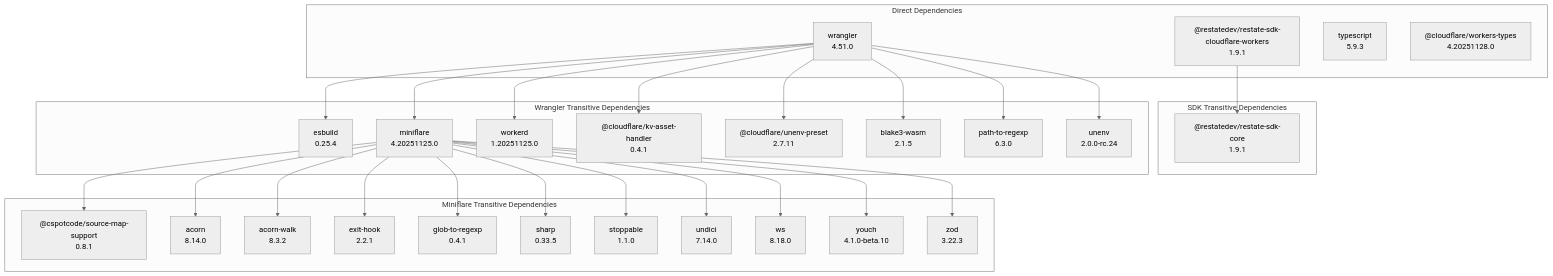
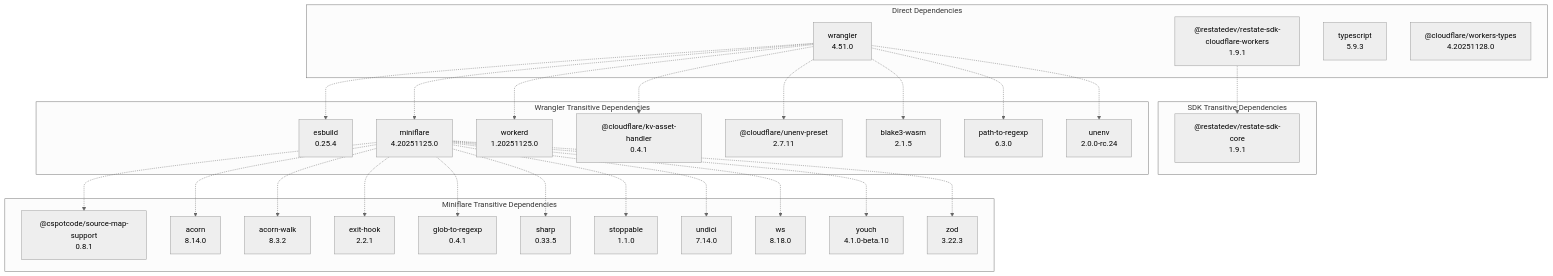
One commit to philipz/restate-cloudflare-workers-poc changed the second of 4 diagrams in docs/deepwiki/Dependencies.md. Above: the diagram before and after it, drawn with Mermaid (neutral theme). The commit also changed other lines of this file and 27 other files, not shown here.

```diff
--- a/docs/deepwiki/Dependencies.md
+++ b/docs/deepwiki/Dependencies.md
@@ -261,26 +261,26 @@
 Youch["youch<br>4.1.0-beta.10"]
 Zod["zod<br>3.22.3"]
 
-SDK --> CoreSDK
-Wrangler --> Esbuild
-Wrangler --> Miniflare
-Wrangler --> Workerd
-Wrangler --> KVHandler
-Wrangler --> UnenvPreset
-Wrangler --> Blake3
-Wrangler --> PathRegexp
-Wrangler --> Unenv
-Miniflare --> SourceMap
-Miniflare --> Acorn
-Miniflare --> AcornWalk
-Miniflare --> ExitHook
-Miniflare --> GlobRegexp
-Miniflare --> Sharp
-Miniflare --> Stoppable
-Miniflare --> Undici
-Miniflare --> WS
-Miniflare --> Youch
-Miniflare --> Zod
+SDK -.-> CoreSDK
+Wrangler -.-> Esbuild
+Wrangler -.-> Miniflare
+Wrangler -.-> Workerd
+Wrangler -.-> KVHandler
+Wrangler -.-> UnenvPreset
+Wrangler -.-> Blake3
+Wrangler -.-> PathRegexp
+Wrangler -.-> Unenv
+Miniflare -.-> SourceMap
+Miniflare -.-> Acorn
+Miniflare -.-> AcornWalk
+Miniflare -.-> ExitHook
+Miniflare -.-> GlobRegexp
+Miniflare -.-> Sharp
+Miniflare -.-> Stoppable
+Miniflare -.-> Undici
+Miniflare -.-> WS
+Miniflare -.-> Youch
+Miniflare -.-> Zod
 
 subgraph subGraph3 ["Miniflare Transitive Dependencies"]
     SourceMap
```
